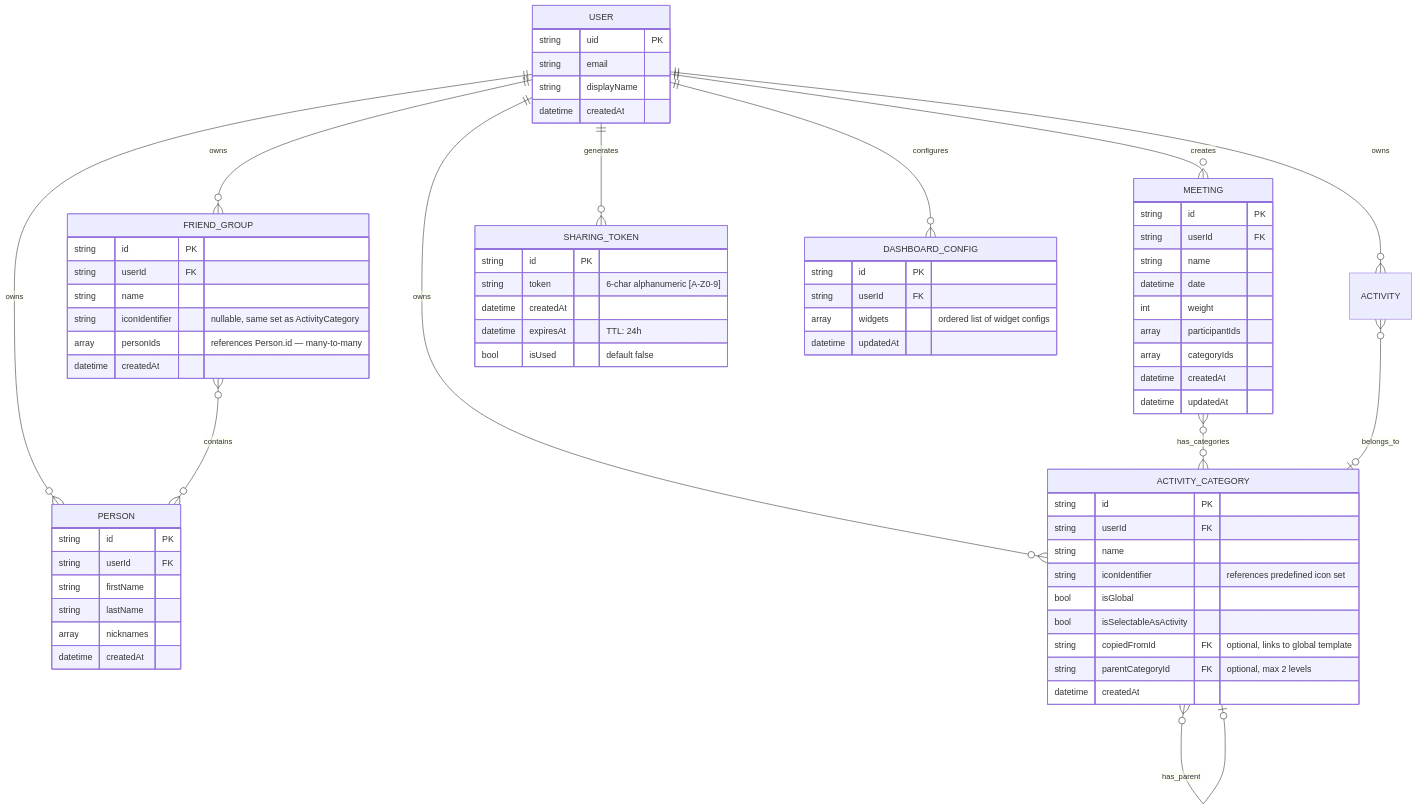
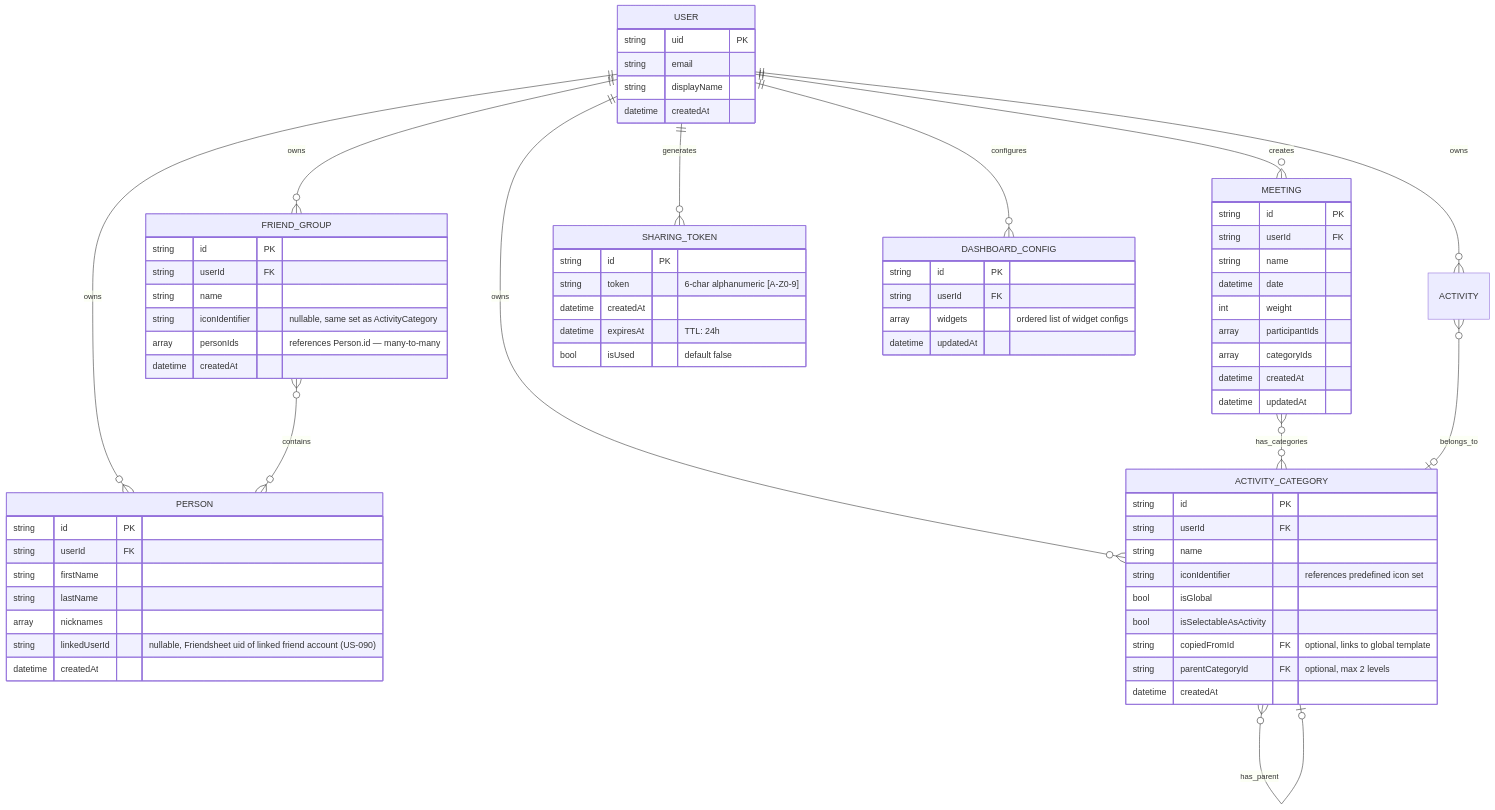
The second of 5 diagrams in docs/architecture.md (aleksanderginalski/Friendsheet-App), drawn with Mermaid before and after one commit. The commit also changed other lines of this file and 3 other files, not shown here.

Commit message:
docs: update documentation for US-090 Link Friend Account (BACKLOG.md, README.md, architecture.md, code_snippets.md)

````diff
--- a/docs/architecture.md
+++ b/docs/architecture.md
@@ -51,78 +51,79 @@
 ```mermaid
 erDiagram
     USER ||--o{ MEETING : creates
     USER ||--o{ PERSON : owns
     USER ||--o{ ACTIVITY : owns
     USER ||--o{ ACTIVITY_CATEGORY : owns
     USER ||--o{ FRIEND_GROUP : owns
     USER ||--o{ SHARING_TOKEN : generates
     USER ||--o{ DASHBOARD_CONFIG : configures
     MEETING }o--o{ ACTIVITY_CATEGORY : has_categories
     ACTIVITY }o--o| ACTIVITY_CATEGORY : belongs_to
     ACTIVITY_CATEGORY }o--o| ACTIVITY_CATEGORY : has_parent
     FRIEND_GROUP }o--o{ PERSON : contains
 
     USER {
         string uid PK
         string email
         string displayName
         datetime createdAt
     }
     
     MEETING {
         string id PK
         string userId FK
         string name
         datetime date
         int weight
         array participantIds
         array categoryIds
         datetime createdAt
         datetime updatedAt
     }
     
     PERSON {
         string id PK
         string userId FK
         string firstName
         string lastName
         array nicknames
+        string linkedUserId "nullable, Friendsheet uid of linked friend account (US-090)"
         datetime createdAt
     }
     
     FRIEND_GROUP {
         string id PK
         string userId FK
         string name
         string iconIdentifier "nullable, same set as ActivityCategory"
         array personIds "references Person.id — many-to-many"
         datetime createdAt
     }
     
     ACTIVITY_CATEGORY {
         string id PK
         string userId FK
         string name
         string iconIdentifier "references predefined icon set"
         bool isGlobal
         bool isSelectableAsActivity
         string copiedFromId FK "optional, links to global template"
         string parentCategoryId FK "optional, max 2 levels"
         datetime createdAt
     }
 
     SHARING_TOKEN {
         string id PK
         string token "6-char alphanumeric [A-Z0-9]"
         datetime createdAt
         datetime expiresAt "TTL: 24h"
         bool isUsed "default false"
     }
 
     DASHBOARD_CONFIG {
         string id PK
         string userId FK
         array widgets "ordered list of widget configs"
         datetime updatedAt
     }
 ```
````
